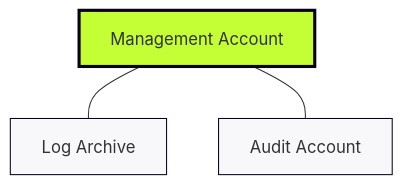
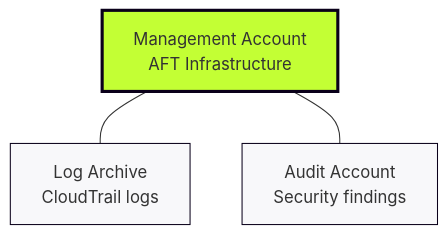
One commit to ken-createfuture-demo/aft-demo-presentation changed the second of 2 diagrams in slides/01-aft-overview.md. Above: the diagram before and after it, drawn with Mermaid. The commit also changed other lines of this file and 1 other file, not shown here.

Commit message:
Add AFT presentation with slides and documentation

````diff
--- a/slides/01-aft-overview.md
+++ b/slides/01-aft-overview.md
@@ -66,10 +52,10 @@
 ```mermaid
 graph TD
-    MA[Management Account] 
-    MA --- LA[Log Archive]
-    MA --- AA[Audit Account]
+    MA[Management Account<br/>AFT Infrastructure] 
+    MA --- LA[Log Archive<br/>CloudTrail logs]
+    MA --- AA[Audit Account<br/>Security findings]
     
     style MA fill:#C3FF34,stroke:#0A001A,stroke-width:3px
     style LA fill:#F8F8FA,stroke:#0A001A
     style AA fill:#F8F8FA,stroke:#0A001A
 ```
````
